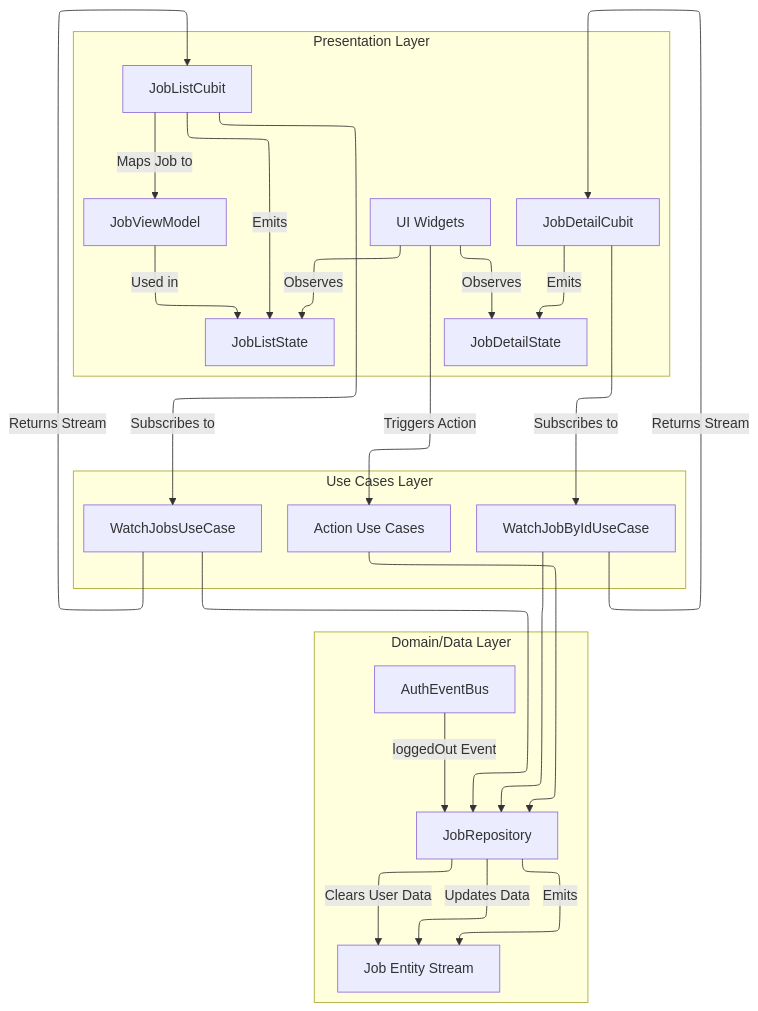
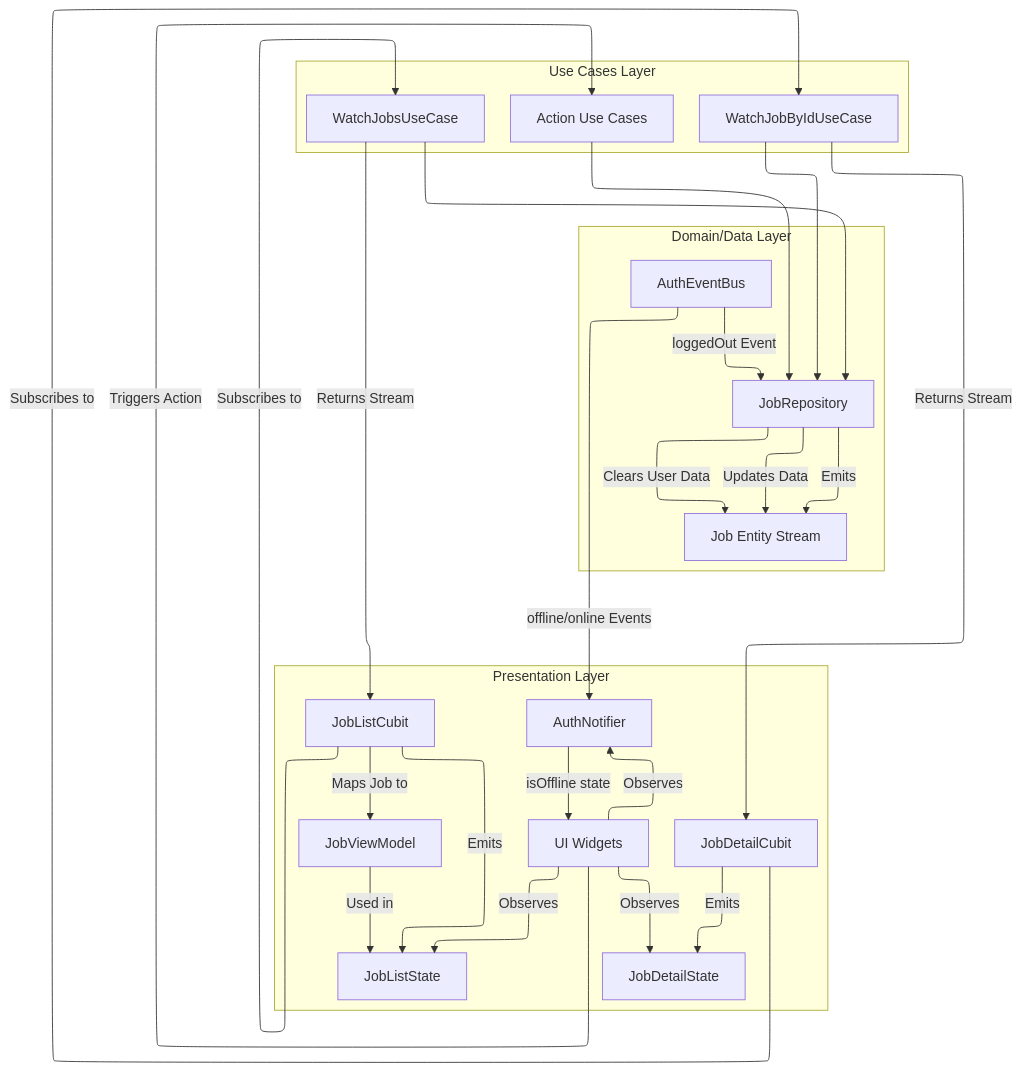
One commit to MediScribe/docjet-mobile changed the diagram in docs/current/feature-job-presentation.md. Above: the diagram before and after it, drawn with Mermaid. The commit also changed other lines of this file and 6 other files, not shown here.

````diff
--- a/docs/current/feature-job-presentation.md
+++ b/docs/current/feature-job-presentation.md
@@ -43,58 +48,61 @@
 ```mermaid
 %%{init: {'flowchart': {'defaultRenderer': 'elk'}}}%%
 graph TD
     subgraph "Presentation Layer"
         UI[UI Widgets]
         JobListCubit[JobListCubit]
         JobDetailCubit[JobDetailCubit]
         JobListState[JobListState]
         JobDetailState[JobDetailState]
         JobViewModel[JobViewModel]
+        AuthNotifier[AuthNotifier]
     end
 
     subgraph "Use Cases Layer"
         WatchJobsUC[WatchJobsUseCase]
         WatchJobByIdUC[WatchJobByIdUseCase]
         ActionUC[Action Use Cases]
     end
 
     subgraph "Domain/Data Layer"
         JobEntity[Job Entity Stream]
         Repository[JobRepository]
         AuthEventBus[AuthEventBus]
     end
 
     %% Reactive Flow
     UI -- Observes --> JobListState
     UI -- Observes --> JobDetailState
+    UI -- Observes --> AuthNotifier
     JobListCubit -- Emits --> JobListState
     JobDetailCubit -- Emits --> JobDetailState
 
     JobListCubit -- Subscribes to --> WatchJobsUC
     JobDetailCubit -- Subscribes to --> WatchJobByIdUC
 
     WatchJobsUC -- Returns Stream --> JobListCubit
     WatchJobByIdUC -- Returns Stream --> JobDetailCubit
 
     WatchJobsUC --> Repository
     WatchJobByIdUC --> Repository
     Repository -- Emits --> JobEntity
 
     JobListCubit -- Maps Job to --> JobViewModel
     JobViewModel -- Used in --> JobListState
 
     %% Action Flow (Simplified)
     UI -- Triggers Action --> ActionUC
     ActionUC --> Repository
     Repository -- Updates Data --> JobEntity
 
     %% Auth Events Flow
     AuthEventBus -- loggedOut Event --> Repository
     Repository -- Clears User Data --> JobEntity
+    AuthEventBus -- offline/online Events --> AuthNotifier
+    AuthNotifier -- isOffline state --> UI
 
-
-    class UI,JobListCubit,JobDetailCubit,JobListState,JobDetailState,JobViewModel presentation;
+    class UI,JobListCubit,JobDetailCubit,JobListState,JobDetailState,JobViewModel,AuthNotifier presentation;
     class WatchJobsUC,WatchJobByIdUC,ActionUC usecases;
     class JobEntity,Repository,AuthEventBus domain;
 
 ```
````
